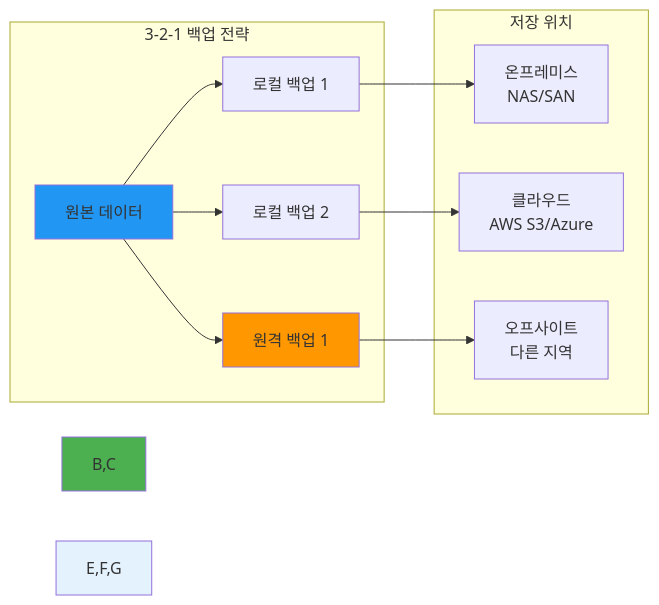
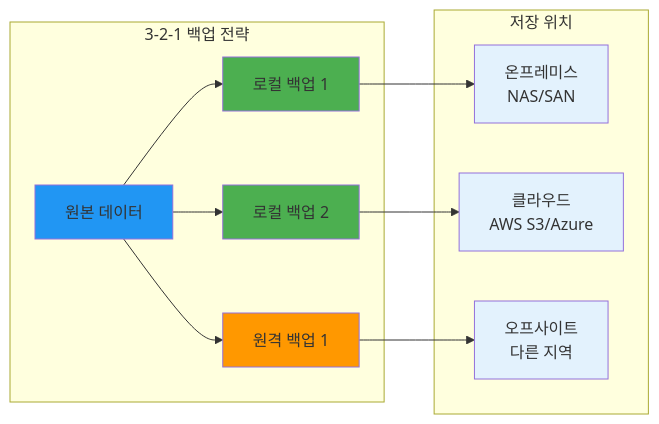
Before and after one commit to niceguy61/kdt_devops_lecture_2025: the third of 4 diagrams in theory/week_02/day2/session_2.md, drawn with Mermaid. The commit also changed other lines of this file and 63 other files, not shown here.

````diff
--- a/theory/week_02/day2/session_2.md
+++ b/theory/week_02/day2/session_2.md
@@ -119,23 +123,26 @@
 ```mermaid
 graph LR
     subgraph "3-2-1 백업 전략"
         A[원본 데이터] --> B[로컬 백업 1]
         A --> C[로컬 백업 2]
         A --> D[원격 백업 1]
     end
     
     subgraph "저장 위치"
         E[온프레미스<br/>NAS/SAN]
         F[클라우드<br/>AWS S3/Azure]
         G[오프사이트<br/>다른 지역]
     end
     
     B --> E
     C --> F
     D --> G
     
     style A fill:#2196f3
-    style B,C fill:#4caf50
+    style B fill:#4caf50
+    style C fill:#4caf50
     style D fill:#ff9800
-    style E,F,G fill:#e3f2fd
+    style E fill:#e3f2fd
+    style F fill:#e3f2fd
+    style G fill:#e3f2fd
 ```
````
